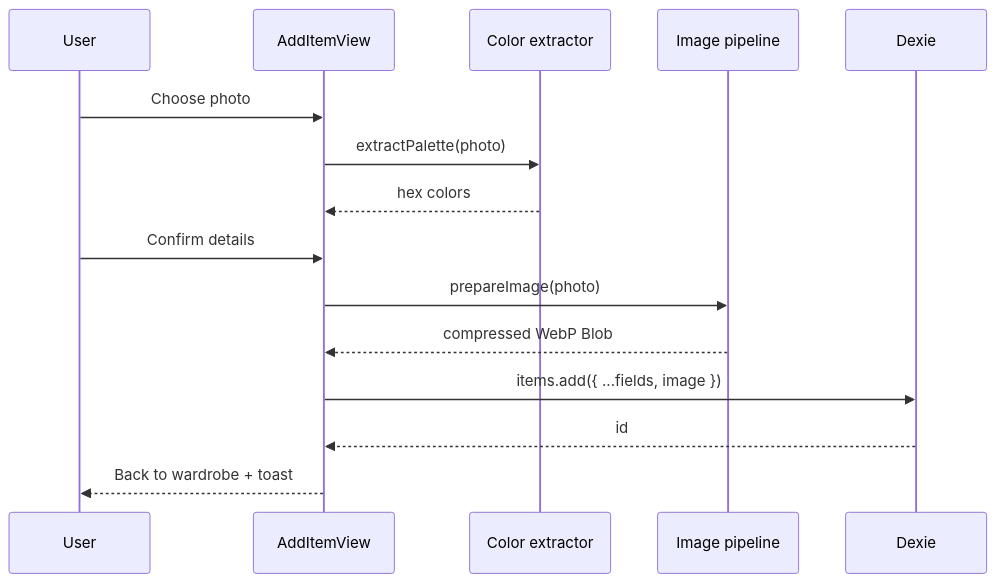
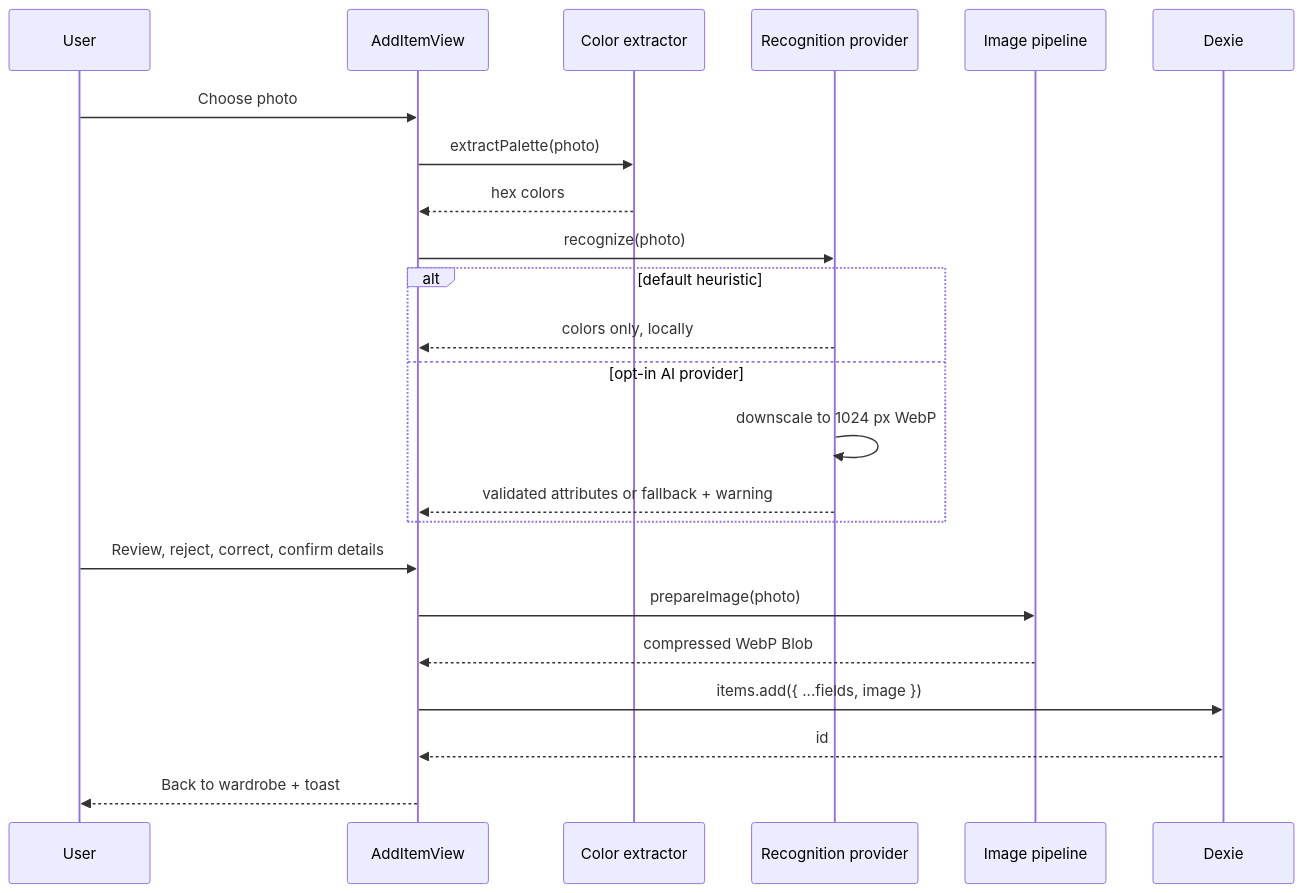
One commit to hanandibud/wardrobe changed the second of 2 diagrams in docs/architecture.md. Above: the diagram before and after it, drawn with Mermaid. The commit also changed other lines of this file and 8 other files, not shown here.

First line of the commit message:
docs(recognition): document the free default and opt-in AI path

````diff
--- a/docs/architecture.md
+++ b/docs/architecture.md
@@ -295,18 +377,26 @@
 ```mermaid
 sequenceDiagram
   participant U as User
   participant F as AddItemView
   participant C as Color extractor
+  participant R as Recognition provider
   participant I as Image pipeline
   participant D as Dexie
 
   U->>F: Choose photo
   F->>C: extractPalette(photo)
   C-->>F: hex colors
-  U->>F: Confirm details
+  F->>R: recognize(photo)
+  alt default heuristic
+    R-->>F: colors only, locally
+  else opt-in AI provider
+    R->>R: downscale to 1024 px WebP
+    R-->>F: validated attributes or fallback + warning
+  end
+  U->>F: Review, reject, correct, confirm details
   F->>I: prepareImage(photo)
   I-->>F: compressed WebP Blob
   F->>D: items.add({ ...fields, image })
   D-->>F: id
   F-->>U: Back to wardrobe + toast
 ```
````
